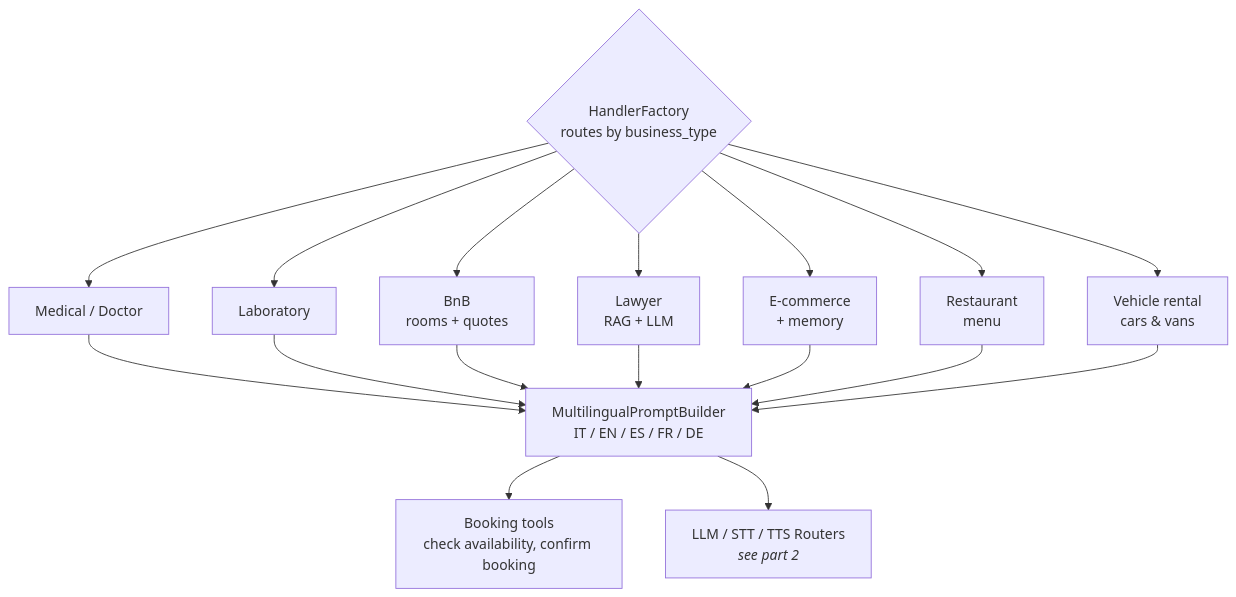
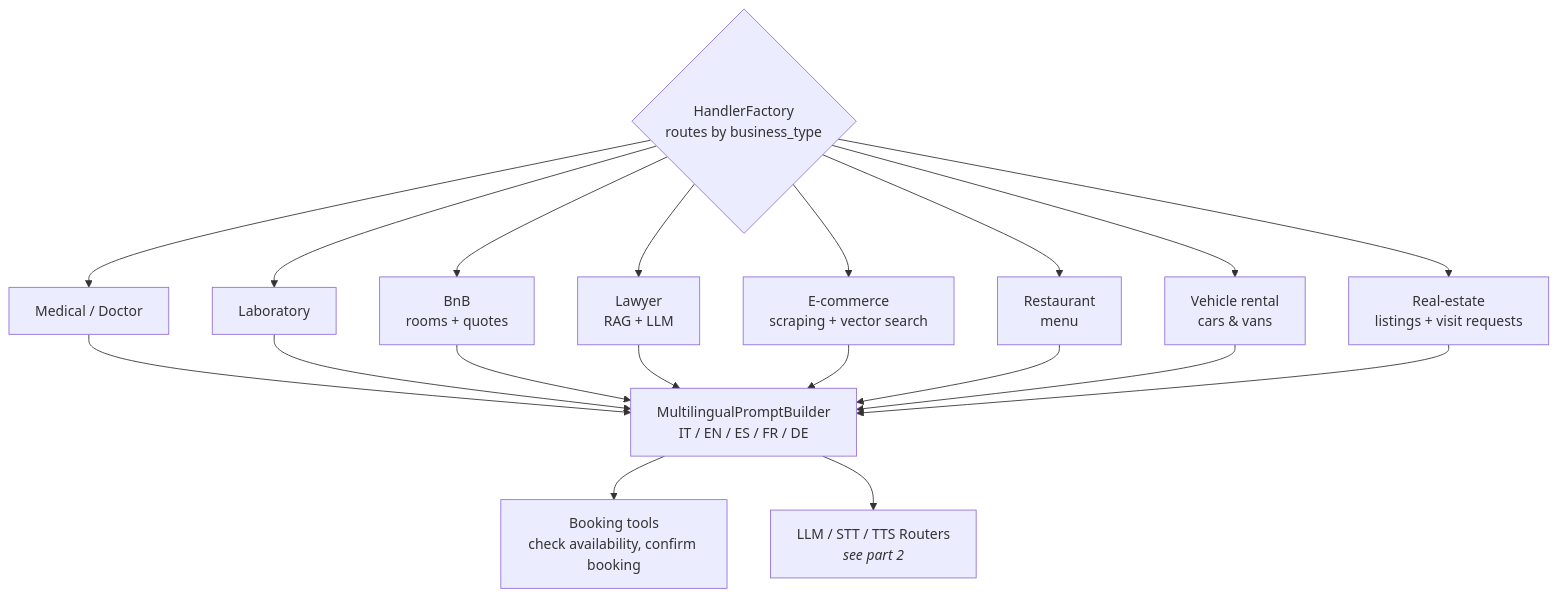
The second of 3 diagrams in README.md (cloud-fullstack/architecture), drawn with Mermaid before and after one commit. The commit also changed other lines of this file, not shown here.

Commit message:
docs: initial architecture document

````diff
--- a/README.md
+++ b/README.md
@@ -109,24 +111,26 @@
 ```mermaid
 graph TB
     HF{HandlerFactory<br/>routes by business_type}
 
     HF --> H1[Medical / Doctor]
     HF --> H2[Laboratory]
     HF --> H3[BnB<br/>rooms + quotes]
     HF --> H4[Lawyer<br/>RAG + LLM]
-    HF --> H5[E-commerce<br/>+ memory]
+    HF --> H5[E-commerce<br/>scraping + vector search]
     HF --> H6[Restaurant<br/>menu]
     HF --> H7[Vehicle rental<br/>cars & vans]
+    HF --> H8[Real-estate<br/>listings + visit requests]
 
     H1 --> MPB
     H2 --> MPB
     H3 --> MPB
     H4 --> MPB
     H5 --> MPB
     H6 --> MPB
     H7 --> MPB
+    H8 --> MPB
 
     MPB[MultilingualPromptBuilder<br/>IT / EN / ES / FR / DE]
     MPB --> TOOLS[Booking tools<br/>check availability, confirm booking]
     MPB --> ROUTERS[LLM / STT / TTS Routers<br/><i>see part 2</i>]
 ```
````
